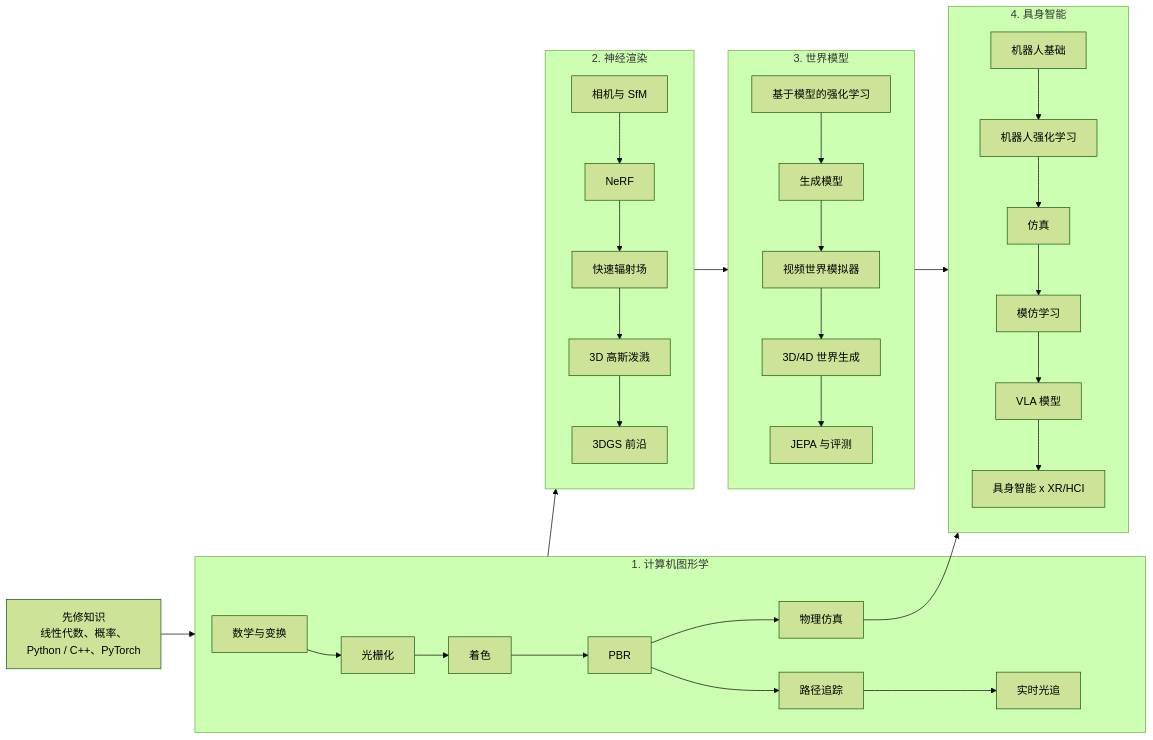
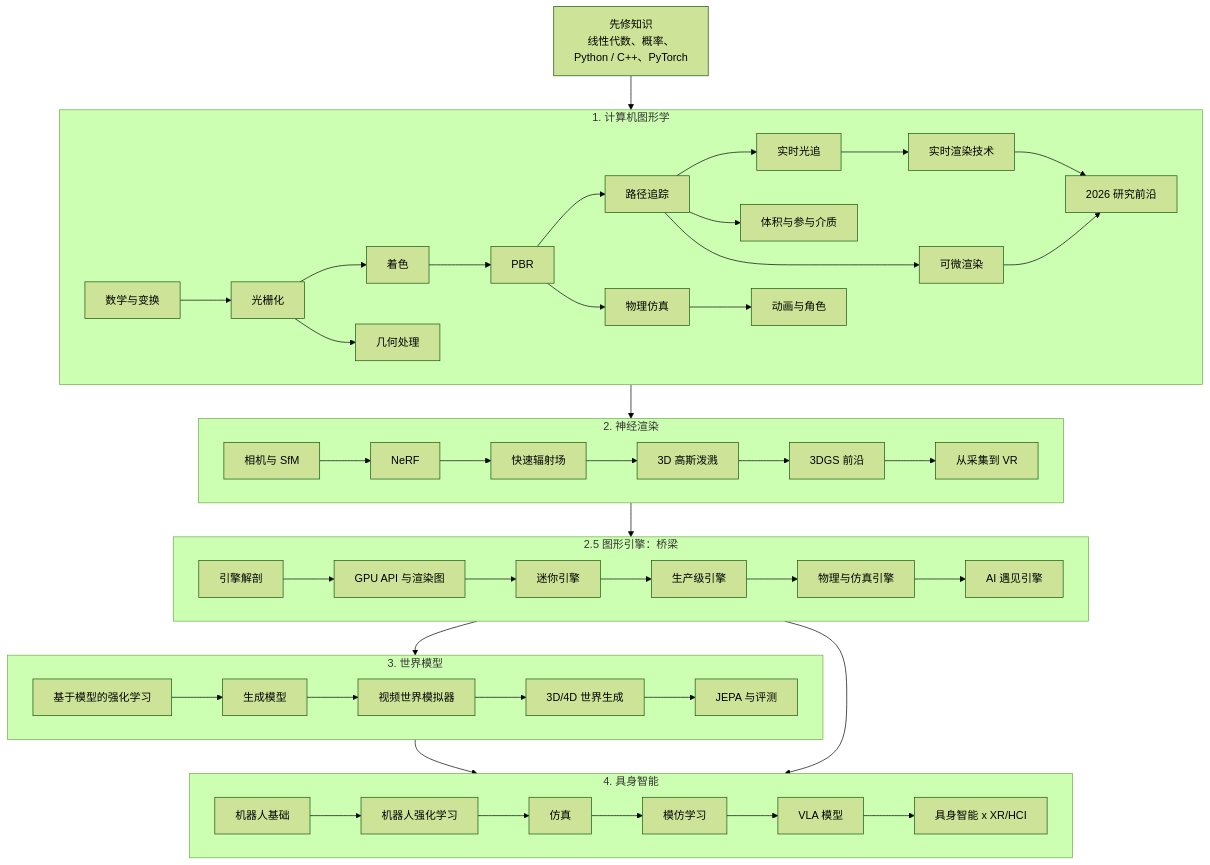
One commit to Amadeusyzh/Takuyy changed the diagram in _posts/zh-cn/2026-10-27-roadmap-01-learning-roadmap.md. Above: the diagram before and after it, drawn with Mermaid (forest theme). The commit also changed other lines of this file and 17 other files, not shown here.

````diff
--- a/_posts/zh-cn/2026-10-27-roadmap-01-learning-roadmap.md
+++ b/_posts/zh-cn/2026-10-27-roadmap-01-learning-roadmap.md
@@ -21,21 +21,37 @@
 ```mermaid
-flowchart LR
+flowchart TB
   P[先修知识<br/>线性代数、概率、<br/>Python / C++、PyTorch] --> G
   subgraph G[1. 计算机图形学]
+    direction LR
     G1[数学与变换] --> G2[光栅化] --> G3[着色] --> G4[PBR] --> G5[路径追踪] --> G6[实时光追]
     G4 --> G7[物理仿真]
+    G2 --> G8[几何处理]
+    G7 --> G9[动画与角色]
+    G5 --> G10[体积与参与介质]
+    G5 --> G12[可微渲染]
+    G6 --> G11[实时渲染技术]
+    G11 --> G13[2026 研究前沿]
+    G12 --> G13
   end
   G --> N
   subgraph N[2. 神经渲染]
-    N1[相机与 SfM] --> N2[NeRF] --> N3[快速辐射场] --> N4[3D 高斯泼溅] --> N5[3DGS 前沿]
+    direction LR
+    N1[相机与 SfM] --> N2[NeRF] --> N3[快速辐射场] --> N4[3D 高斯泼溅] --> N5[3DGS 前沿] --> N6[从采集到 VR]
   end
-  N --> W
+  N --> X
+  subgraph X[2.5 图形引擎：桥梁]
+    direction LR
+    X1[引擎解剖] --> X2[GPU API 与渲染图] --> X3[迷你引擎] --> X4[生产级引擎] --> X5[物理与仿真引擎] --> X6[AI 遇见引擎]
+  end
+  X --> W
   subgraph W[3. 世界模型]
+    direction LR
     W1[基于模型的强化学习] --> W2[生成模型] --> W3[视频世界模拟器] --> W4[3D/4D 世界生成] --> W5[JEPA 与评测]
   end
-  G7 --> E
   W --> E
+  X --> E
   subgraph E[4. 具身智能]
+    direction LR
     E1[机器人基础] --> E2[机器人强化学习] --> E3[仿真] --> E4[模仿学习] --> E5[VLA 模型] --> E6[具身智能 x XR/HCI]
   end
 ```
````
